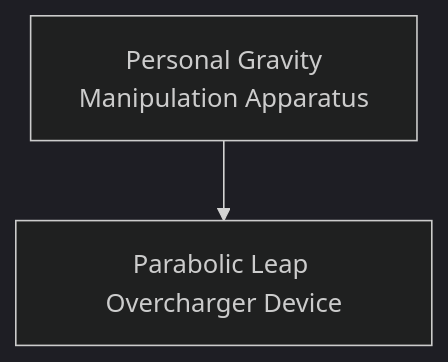
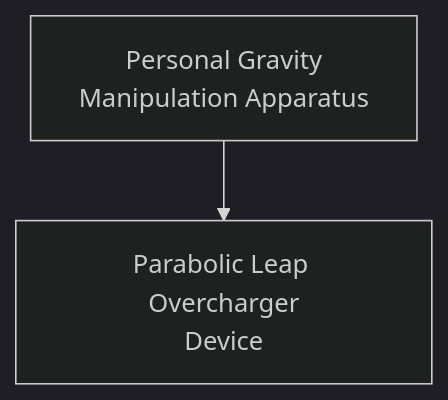
The diagram in docs/mermaid/alchemical/strength_1.mmd (jrobichaud/exalted-charms-1e), drawn with Mermaid before and after one commit. The commit also changed 11 other files, not shown here.

```diff
--- a/docs/mermaid/alchemical/strength_1.mmd
+++ b/docs/mermaid/alchemical/strength_1.mmd
@@ -1,85 +1,85 @@
 ---
 config:
   theme: dark
 ---
 flowchart TD
 
     personal_gravity_manipulation_apparatus[Personal Gravity<br>Manipulation Apparatus]
     click personal_gravity_manipulation_apparatus callback "
         Personal Gravity Manipulation Apparatus<br>
         <br>
         Cost: 3 motes<br>
         Installation Cost: 2 motes<br>
         Duration: Scene<br>
         Type: Simple<br>
         Minimum Strength: 2<br>
         Minimum Essence: 2<br>
         Prerequisite Charms: None<br>
         <br>
         This Charm allows the Alchemical Exalted to twist
         gravity in the immediate vicinity, letting him decide where
         &quot;down&quot; is in relation to himself. This allows the Alchemical to
         walk or run along any slope as if it were flat ground, including
         walls and ceilings. The surface that the character stands upon
         is not strengthened in any way. The down-ness only extends a
         lew feet from the soles of the character's shoes. If the character
         jumps too high or is pulled far enough away from a surface, he
         will once again have the same &quot;up&quot; and &quot;down&quot; as the rest of the
         world, quite possibly resulting in serious injury.
         The alternate ability of this Charm allows the Exalted to
         use this Charm to control his own weight, reducing it up to 1/
         8 of normal. The character's movement speed is increased by
         50 percent when he weighs more than half his normal weight
         and increased by 100 percent when he weighs less than half
         his normal weight. Obviously, the Exalt will have difficulty
         running in certain situations, and the Storyteller should call
         for Dexterity + Athletics rolls if he tries to change directions
         quickly or run in strong crosswinds. As with all multipurpose
         Alchemical Charms, the player must state which variation of
         the Charm he wishes to use before spending Essence.
         The Personal Gravitation Apparatus is housed entirely
         in the lower legs.
         "
 
-    parabolic_leap_overcharger_device[Parabolic Leap Overcharger Device]
+    parabolic_leap_overcharger_device[Parabolic Leap Overcharger<br>Device]
     personal_gravity_manipulation_apparatus --> parabolic_leap_overcharger_device
     click parabolic_leap_overcharger_device callback "
         Parabolic Leap Overcharger Device<br>
         <br>
         Cost: 2 motes per turn<br>
         Installation Cost: 1 mote<br>
         Duration: Special<br>
         Type: Reflexive<br>
         Minimum Strength: 3<br>
         Minimum Essence: 2<br>
         Prerequisite Charms: Personal Gravity Manipulation Apparatus<br>
         <br>
         The character further reduces his reliance upon the
         strictures of gravity by channeling Essence through his lower
         legs and leaping gracefully through the air, his anima flowing
         from the base of his feet in a brilliant contrail that colors the
         air behind him. The character's ascent is slow but steady,
         allowing him to rise up to Strength x 3 feet per turn and move
         up to Strength x Essence feet horizontally. The character can
         perform any action while airborne and can change his direction
         in mid-air at will. The Parabolic Leap Overcharger
         Device allows the character to attain a total height of no more
         than Strength x 15 feet of height from a surface sturdy enough
         to support his weight. Note that if a character ends the tur
         in the air, she must activate the Parabolic Leap Overcharger
         Device Charm again the next tum or fall to the ground. A
         character can descend any amount of distance safely using the
         Overcharger Device by activating it for a single tum shortly
         before impact, a useful safety device for Alchemicals who
         spend most of their time working in high, exposed areas.
         As an alternate use of this Charm, the character can opt
         to make a quick &quot;bound,&quot; describing a long arc in the span
         of a single turn, covering a distance up to Strength x Essence
         feet high and five times that long. Using the Parabolic
         Overcharger in this manner during successive turns allows
         the character to &quot;leapfrog,&quot; bounding rapidly over terrain.
         The Exalted can attack on the same turn he activates the
         Parabolic Overcharger, but gains no special bonuses for it.
         The components for the Parabolic Overcharger are
         installed on the rear of each leg behind the knee.
         "
```
